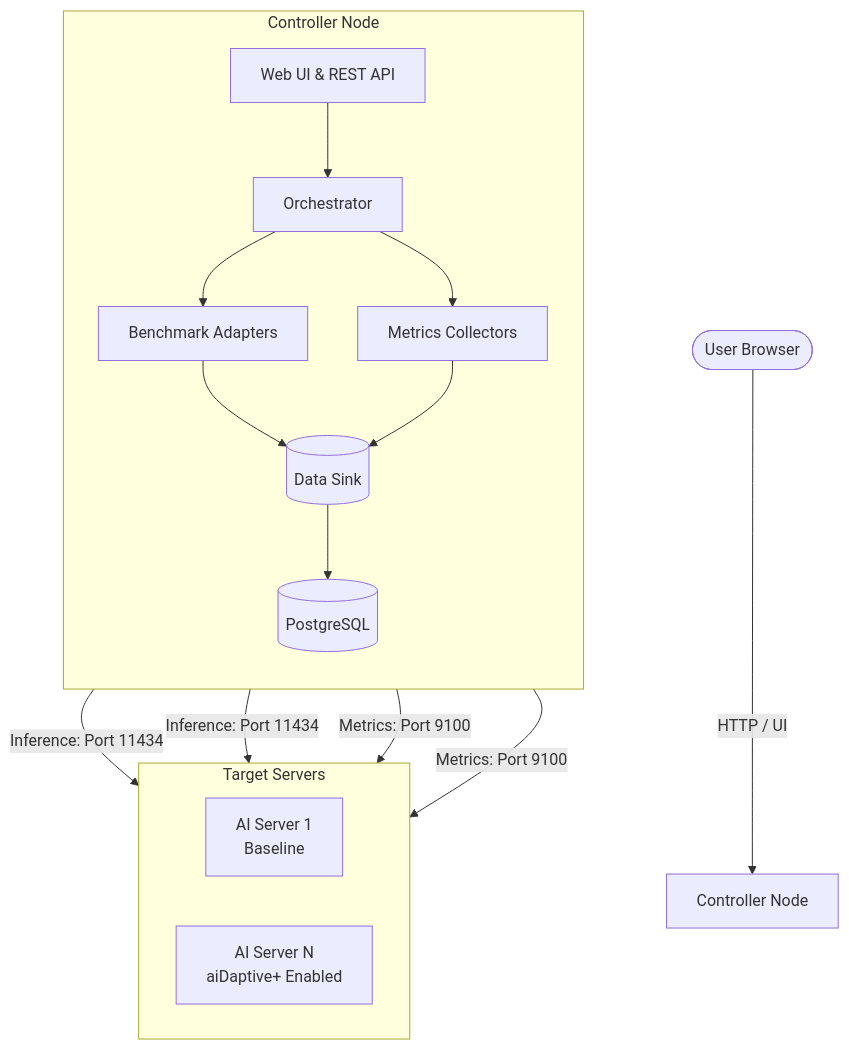
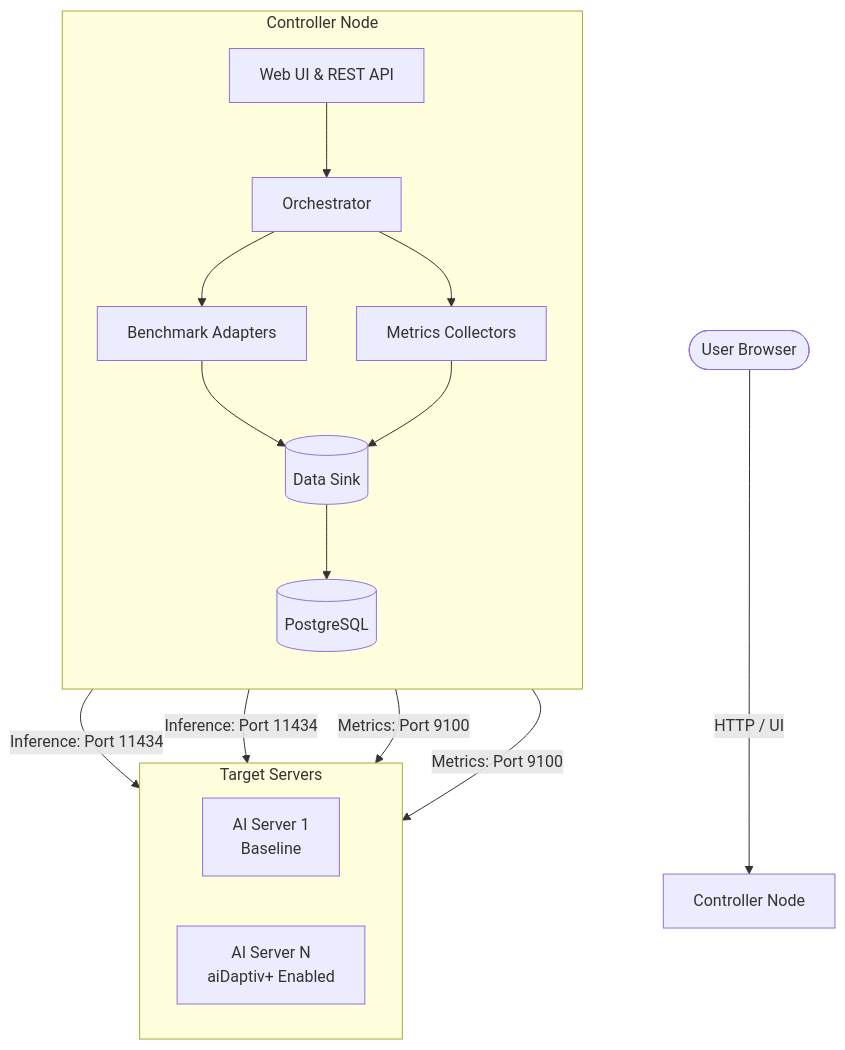
One commit to MrPhuocTan/aidaptiv-benchmark changed the first of 3 diagrams in README.md. Above: the diagram before and after it, drawn with Mermaid. The commit also changed other lines of this file and 111 other files, not shown here.

````diff
--- a/README.md
+++ b/README.md
@@ -82,26 +82,26 @@
 ```mermaid
 graph TD
     User([User Browser]) -->|HTTP / UI| App[Controller Node]
     
     subgraph Controller Node
         direction TB
         UI[Web UI & REST API] --> Orch[Orchestrator]
         Orch --> Adapters[Benchmark Adapters]
         Orch --> Collectors[Metrics Collectors]
         Adapters --> DS[(Data Sink)]
         Collectors --> DS
         DS --> DB[(PostgreSQL)]
     end
     
     Adapters -->|Inference: Port 11434| S1
     Adapters -->|Inference: Port 11434| SN
     
     Collectors -->|Metrics: Port 9100| S1
     Collectors -->|Metrics: Port 9100| SN
 
     subgraph Target Servers
         direction LR
         S1[AI Server 1<br/>Baseline]
-        SN[AI Server N<br/>aiDaptive+ Enabled]
+        SN[AI Server N<br/>aiDaptiv+ Enabled]
     end
 ```
````
